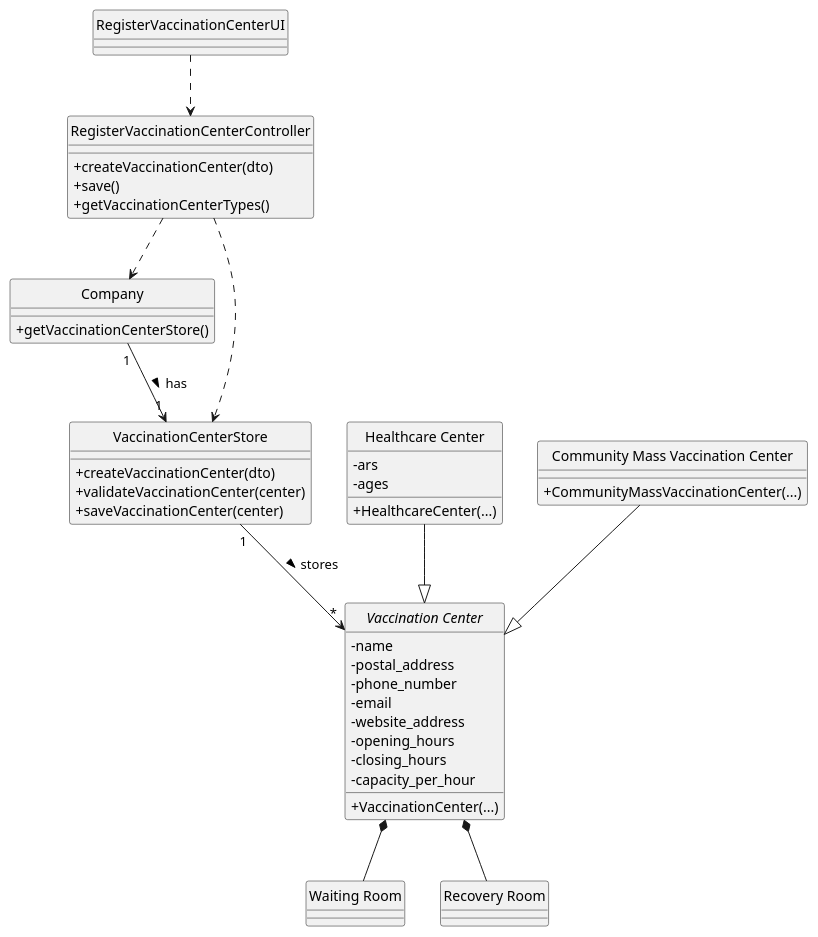
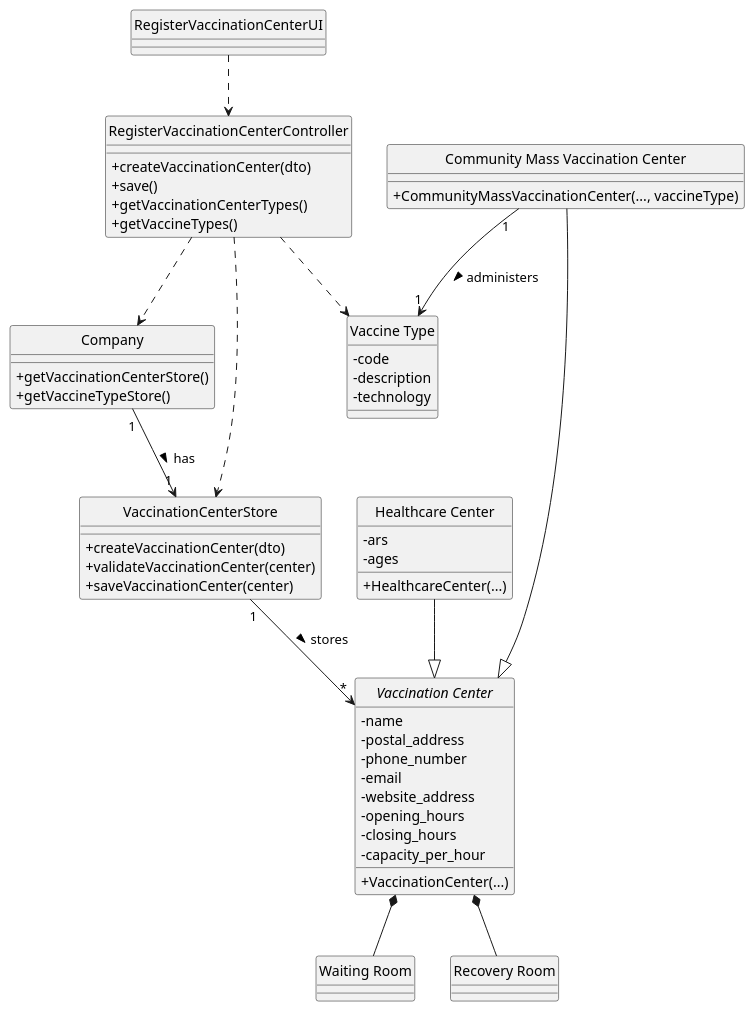
The diagram in project-template/docs/sprint3/US13/puml/US13-CD.puml (afonso51111/leti-esoft-25-26-A33), drawn with PlantUML before and after one commit. The commit also changed 61 other files, not shown here.

```diff
--- a/project-template/docs/sprint3/US13/puml/US13-CD.puml
+++ b/project-template/docs/sprint3/US13/puml/US13-CD.puml
@@ -1,63 +1,76 @@
 @startuml
 skinparam classAttributeIconSize 0
 hide circle
 
 class RegisterVaccinationCenterUI {
 }
 
 class RegisterVaccinationCenterController {
   + createVaccinationCenter(dto)
   + save()
   + getVaccinationCenterTypes()
+  + getVaccineTypes()
 }
 
 class Company {
   + getVaccinationCenterStore()
+  + getVaccineTypeStore()
 }
 
 class VaccinationCenterStore {
   + createVaccinationCenter(dto)
   + validateVaccinationCenter(center)
   + saveVaccinationCenter(center)
 }
 
 abstract class "Vaccination Center" {
   - name
   - postal_address
   - phone_number
   - email
   - website_address
   - opening_hours
   - closing_hours
   - capacity_per_hour
   + VaccinationCenter(...)
 }
 
 class "Healthcare Center" {
   - ars
   - ages
   + HealthcareCenter(...)
 }
 
 class "Community Mass Vaccination Center" {
-  + CommunityMassVaccinationCenter(...)
+  + CommunityMassVaccinationCenter(..., vaccineType)
+}
+
+class "Vaccine Type" {
+    - code
+    - description
+    - technology
 }
 
 class "Waiting Room" {
 }
 class "Recovery Room" {
 }
 
 RegisterVaccinationCenterUI ..> RegisterVaccinationCenterController
 RegisterVaccinationCenterController ..> Company
 RegisterVaccinationCenterController ..> VaccinationCenterStore
+
+RegisterVaccinationCenterController ..> "Vaccine Type"
+
 Company "1" --> "1" VaccinationCenterStore : has >
 VaccinationCenterStore "1" --> "*" "Vaccination Center" : stores >
 
 "Healthcare Center" --|> "Vaccination Center"
 "Community Mass Vaccination Center" --|> "Vaccination Center"
 
+"Community Mass Vaccination Center" "1" --> "1" "Vaccine Type" : administers >
+
 "Vaccination Center" *-- "Waiting Room"
 "Vaccination Center" *-- "Recovery Room"
 
 @enduml
```
